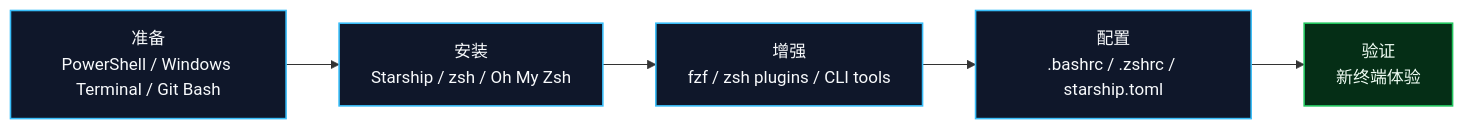
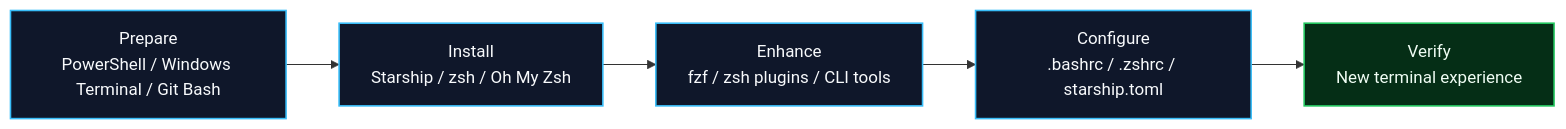
Before and after one commit to gyf-dev/windows-bash-zsh: the diagram in README.md, drawn with Mermaid. The commit also changed other lines of this file and 7 other files, not shown here.

````diff
--- a/README.md
+++ b/README.md
@@ -135,16 +138,16 @@
 ```mermaid
 flowchart LR
-  A["准备<br/>PowerShell / Windows Terminal / Git Bash"]
-  B["安装<br/>Starship / zsh / Oh My Zsh"]
-  C["增强<br/>fzf / zsh plugins / CLI tools"]
-  D["配置<br/>.bashrc / .zshrc / starship.toml"]
-  E["验证<br/>新终端体验"]
+  A["Prepare<br/>PowerShell / Windows Terminal / Git Bash"]
+  B["Install<br/>Starship / zsh / Oh My Zsh"]
+  C["Enhance<br/>fzf / zsh plugins / CLI tools"]
+  D["Configure<br/>.bashrc / .zshrc / starship.toml"]
+  E["Verify<br/>New terminal experience"]
 
   A --> B --> C --> D --> E
 
   classDef base fill:#0f172a,stroke:#38bdf8,stroke-width:1.5px,color:#f8fafc
   classDef final fill:#052e16,stroke:#22c55e,stroke-width:1.5px,color:#f0fdf4
 
   class A,B,C,D base
   class E final
 ```
````
